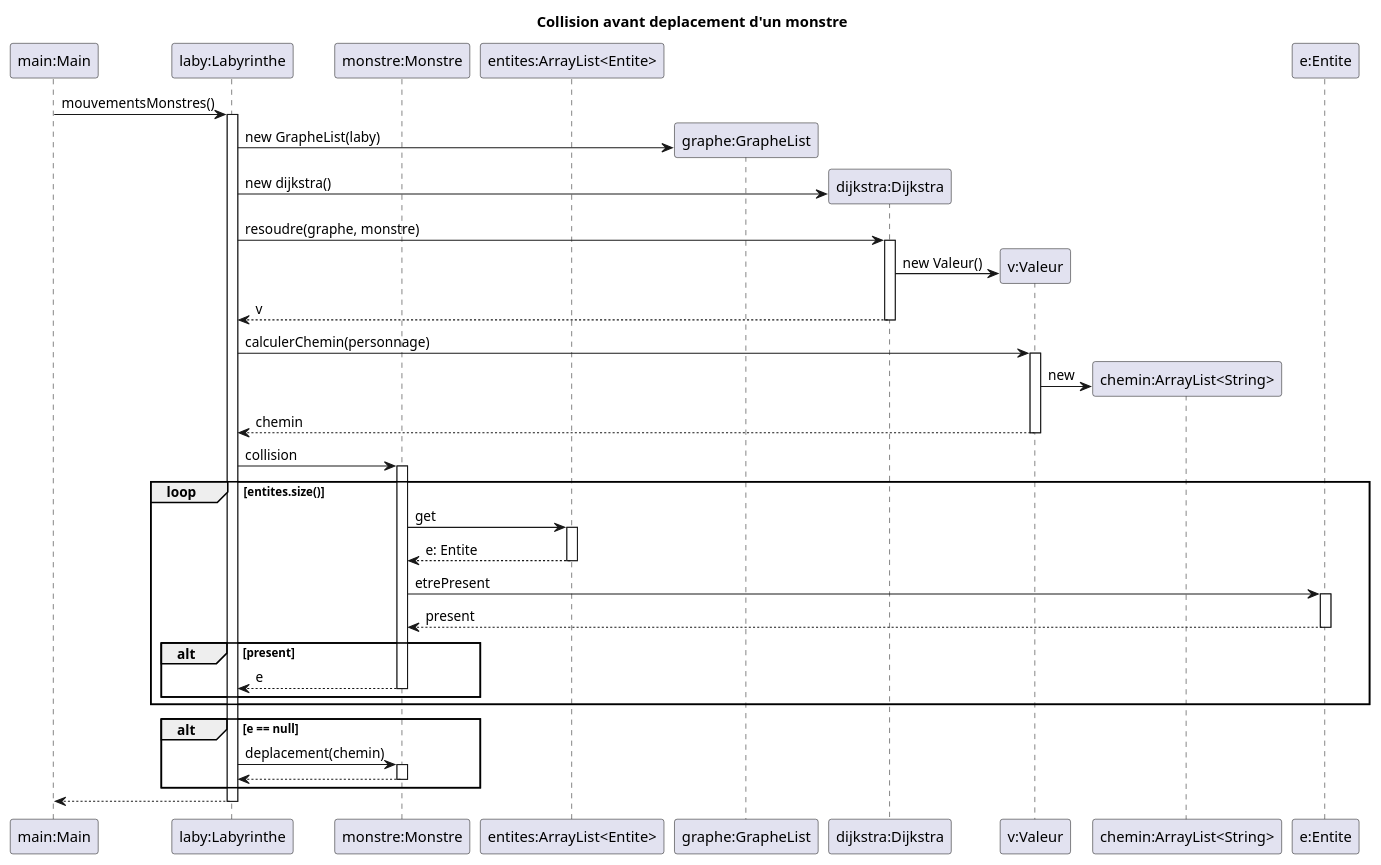
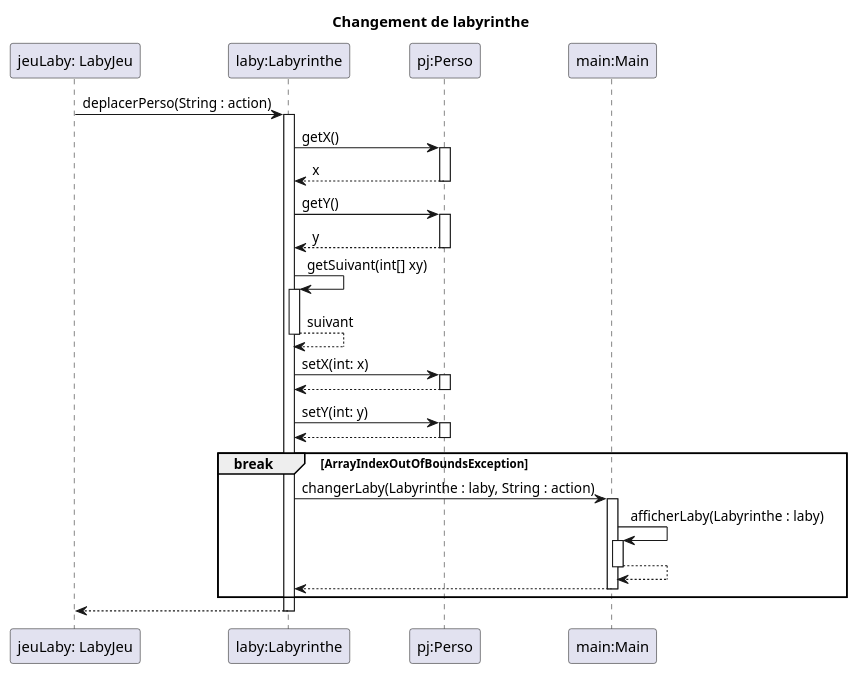
One commit to adrienMGN/2024_Zeldiablo_mangin225u_dewasch2u_favier36u_fontaine_noel332u changed the diagram in zeldiablo/src/gameLaby/Fonctionnement_Sequence.puml. Above: the diagram before and after it, drawn with PlantUML. The commit also changed 1 other file, not shown here.

```diff
--- a/zeldiablo/src/gameLaby/Fonctionnement_Sequence.puml
+++ b/zeldiablo/src/gameLaby/Fonctionnement_Sequence.puml
@@ -1,58 +1,52 @@
 @startuml
-title Collision avant deplacement d'un monstre
+title Changement de labyrinthe
 
+participant "jeuLaby: LabyJeu" as jeuLaby
+participant "laby:Labyrinthe" as laby
+participant "pj:Perso" as pj
 participant "main:Main" as main
-participant "laby:Labyrinthe" as laby
-participant "monstre:Monstre" as monstre
-participant "entites:ArrayList<Entite>" as entites
 
 
-main -> laby: mouvementsMonstres()
+jeuLaby -> laby : deplacerPerso(String : action)
 activate laby
-create "graphe:GrapheList" as graphe
-laby -> graphe: new GrapheList(laby)
-create "dijkstra:Dijkstra" as dijkstra
-laby -> dijkstra: new dijkstra()
+laby -> pj: getX()
+activate pj
+pj --> laby: x
+deactivate pj
 
-laby -> dijkstra: resoudre(graphe, monstre)
-activate dijkstra
-create "v:Valeur" as v
-dijkstra -> v: new Valeur()
-dijkstra --> laby: v
-deactivate dijkstra
+laby -> pj: getY()
+activate pj
+pj --> laby: y
+deactivate pj
 
-laby -> v: calculerChemin(personnage)
-activate v
-create "chemin:ArrayList<String>" as chemin
-v -> chemin: new
-v --> laby: chemin
-deactivate v
+laby -> laby: getSuivant(int[] xy)
+activate laby
+laby --> laby: suivant
+deactivate laby
 
-laby -> monstre: collision
-activate monstre
-loop entites.size()
-    monstre -> entites: get
-    activate entites
-    entites --> monstre: e: Entite
-    deactivate entites
+laby -> pj: setX(int: x)
+activate pj
+pj --> laby
+deactivate pj
 
-    monstre -> "e:Entite" as e : etrePresent
-    activate e
-    e --> monstre: present
-    deactivate e
+laby -> pj: setY(int: y)
+activate pj
+pj --> laby
+deactivate pj
 
-    alt present
-    monstre --> laby: e
-    deactivate monstre
-    end
+break ArrayIndexOutOfBoundsException
+laby -> main: changerLaby(Labyrinthe : laby, String : action)
+activate main
+main -> main: afficherLaby(Labyrinthe : laby)
+activate main
+main --> main
+deactivate main
+
+main --> laby
+deactivate main
 end
-alt e == null
-laby -> monstre: deplacement(chemin)
-activate monstre
-monstre --> laby
-deactivate monstre
-end
-laby --> main
+
+laby --> jeuLaby
 deactivate laby
 
 @enduml
```
